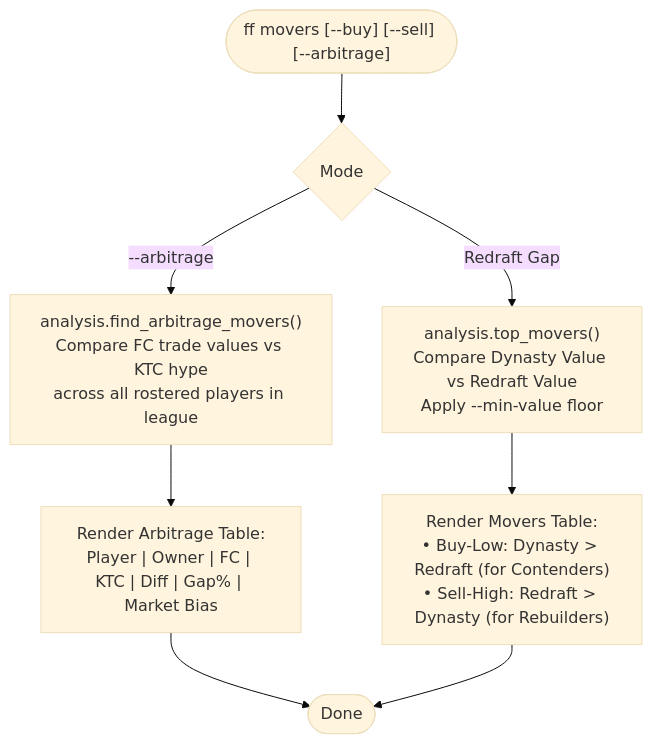
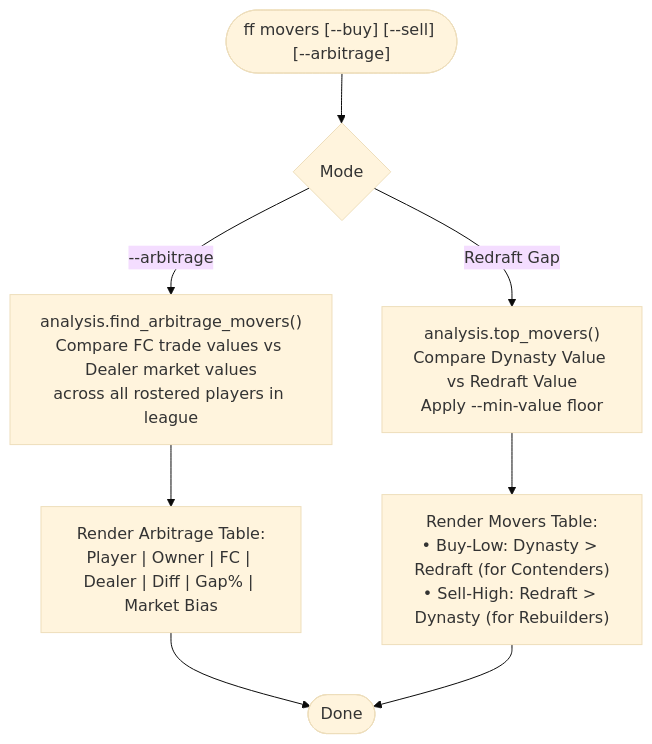
One commit to savvides/ff changed the ninth of 17 diagrams in README.md. Above: the diagram before and after it, drawn with Mermaid (base theme). The commit also changed other lines of this file and 26 other files, not shown here.

First line of the commit message:
feat: replace broken KTC/Dynasty Daddy with Dynasty Dealer secondary market API (#12)

````diff
--- a/README.md
+++ b/README.md
@@ -248,10 +265,10 @@
 ```mermaid
 flowchart TD
     Start(["ff movers [--buy] [--sell] [--arbitrage]"]) --> CheckMode{"Mode"}
-    CheckMode -- "--arbitrage" --> ArbEngine["analysis.find_arbitrage_movers()\nCompare FC trade values vs KTC hype\nacross all rostered players in league"]
-    ArbEngine --> ArbTable["Render Arbitrage Table:\nPlayer | Owner | FC | KTC | Diff | Gap% | Market Bias"]
+    CheckMode -- "--arbitrage" --> ArbEngine["analysis.find_arbitrage_movers()\nCompare FC trade values vs Dealer market values\nacross all rostered players in league"]
+    ArbEngine --> ArbTable["Render Arbitrage Table:\nPlayer | Owner | FC | Dealer | Diff | Gap% | Market Bias"]
     
     CheckMode -- "Redraft Gap" --> GapEngine["analysis.top_movers()\nCompare Dynasty Value vs Redraft Value\nApply --min-value floor"]
     GapEngine --> GapTable["Render Movers Table:\n• Buy-Low: Dynasty > Redraft (for Contenders)\n• Sell-High: Redraft > Dynasty (for Rebuilders)"]
     ArbTable & GapTable --> Done(["Done"])
 ```
````
